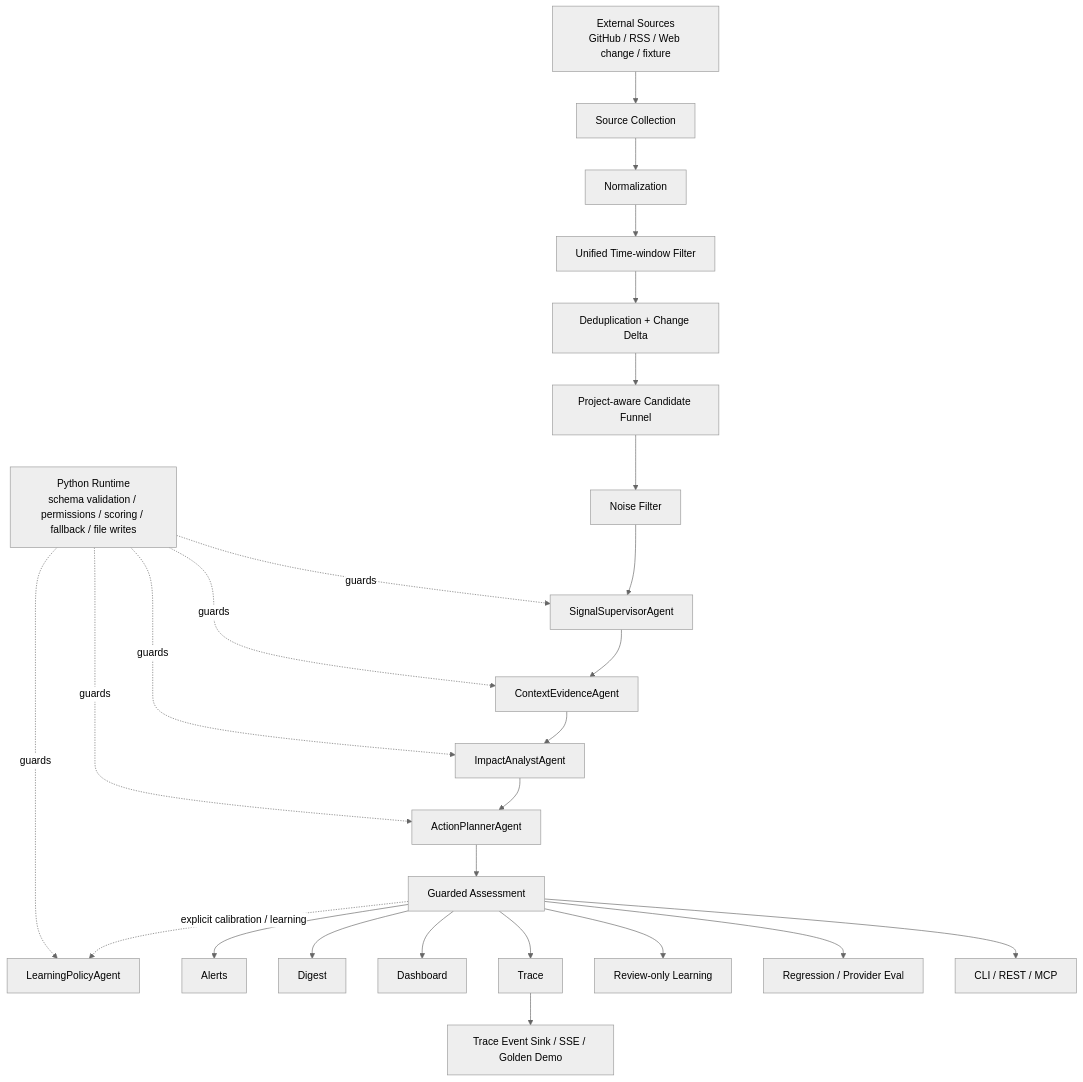
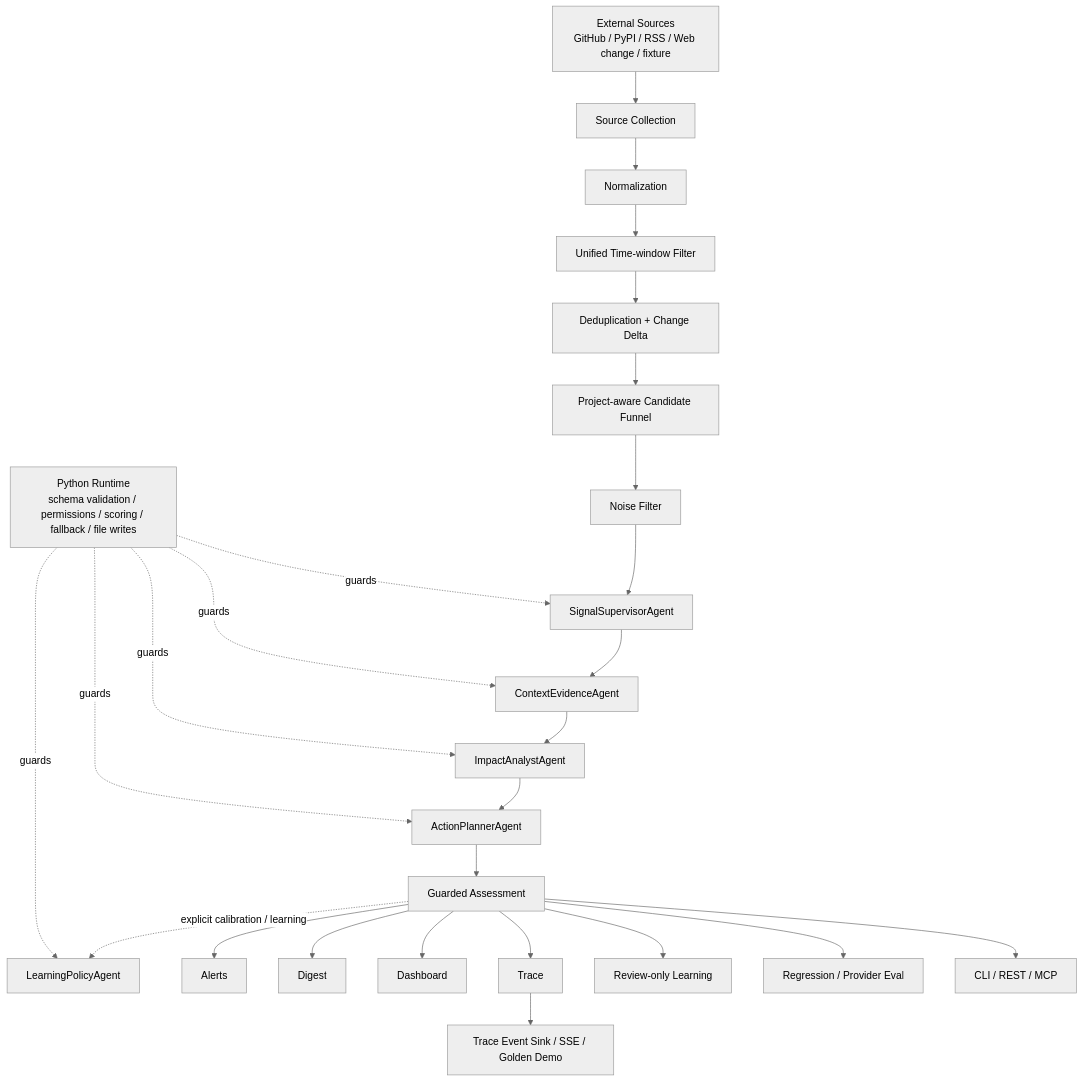
The first of 2 diagrams in docs/ARCHITECTURE.md (pocketvin/SignalHarness), drawn with Mermaid (neutral theme) before and after one commit. The commit also changed other lines of this file and 34 other files, not shown here.

````diff
--- a/docs/ARCHITECTURE.md
+++ b/docs/ARCHITECTURE.md
@@ -7,29 +7,29 @@
 ```mermaid
 flowchart TD
-    A["External Sources<br/>GitHub / RSS / Web change / fixture"] --> B["Source Collection"]
+    A["External Sources<br/>GitHub / PyPI / RSS / Web change / fixture"] --> B["Source Collection"]
     B --> C["Normalization"]
     C --> TW["Unified Time-window Filter"]
     TW --> D["Deduplication + Change Delta"]
     D --> CF["Project-aware Candidate Funnel"]
     CF --> E["Noise Filter"]
     E --> F["SignalSupervisorAgent"]
     F --> G["ContextEvidenceAgent"]
     G --> H["ImpactAnalystAgent"]
     H --> I["ActionPlannerAgent"]
     I --> K["Guarded Assessment"]
     K -. explicit calibration / learning .-> J["LearningPolicyAgent"]
     K --> L["Alerts"]
     K --> M["Digest"]
     K --> N["Dashboard"]
     K --> O["Trace"]
     K --> P["Review-only Learning"]
     K --> R["Regression / Provider Eval"]
     K --> S["CLI / REST / MCP"]
     O --> T["Trace Event Sink / SSE / Golden Demo"]
 
     Q["Python Runtime<br/>schema validation / permissions / scoring / fallback / file writes"] -. guards .-> F
     Q -. guards .-> G
     Q -. guards .-> H
     Q -. guards .-> I
     Q -. guards .-> J
 ```
````
